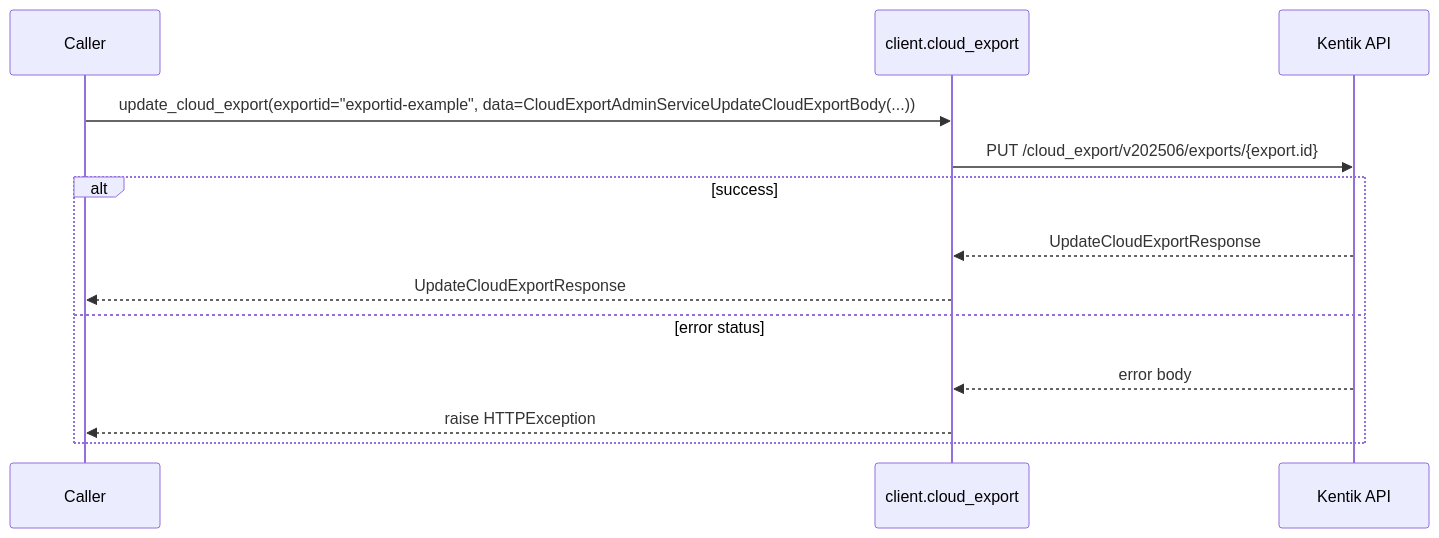
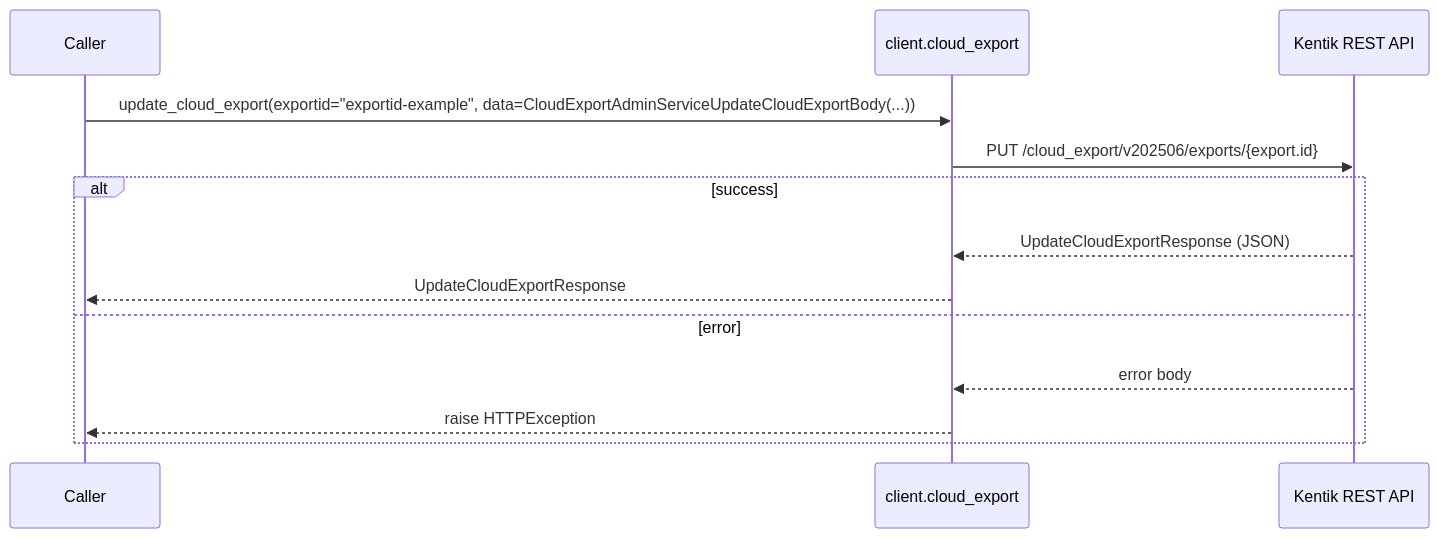
The eighth of 12 diagrams in docs/sphinx/services/cloud_export.md (alexdearaujo/community_sdk_python), drawn with Mermaid before and after one commit. The commit also changed other lines of this file and 61 other files, not shown here.

````diff
--- a/docs/sphinx/services/cloud_export.md
+++ b/docs/sphinx/services/cloud_export.md
@@ -175,16 +252,16 @@
 ```mermaid
 sequenceDiagram
     participant C as Caller
     participant W as client.cloud_export
-    participant API as Kentik API
+    participant API as Kentik REST API
 
     C->>W: update_cloud_export(exportid="exportid-example", data=CloudExportAdminServiceUpdateCloudExportBody(...))
     W->>API: PUT /cloud_export/v202506/exports/{export.id}
     alt success
-        API-->>W: UpdateCloudExportResponse
+        API-->>W: UpdateCloudExportResponse (JSON)
         W-->>C: UpdateCloudExportResponse
-    else error status
+    else error
         API-->>W: error body
         W-->>C: raise HTTPException
     end
 ```
````
